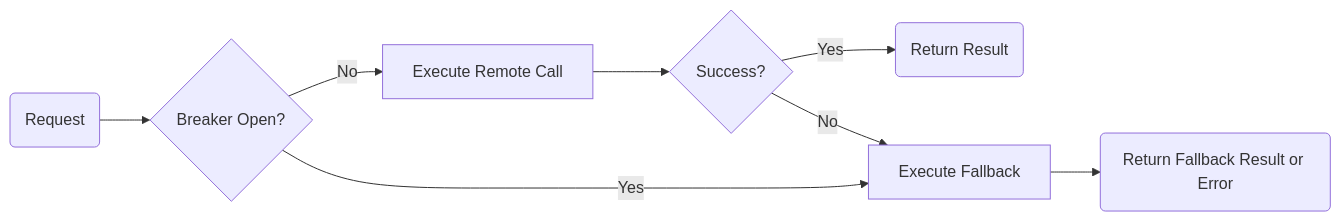
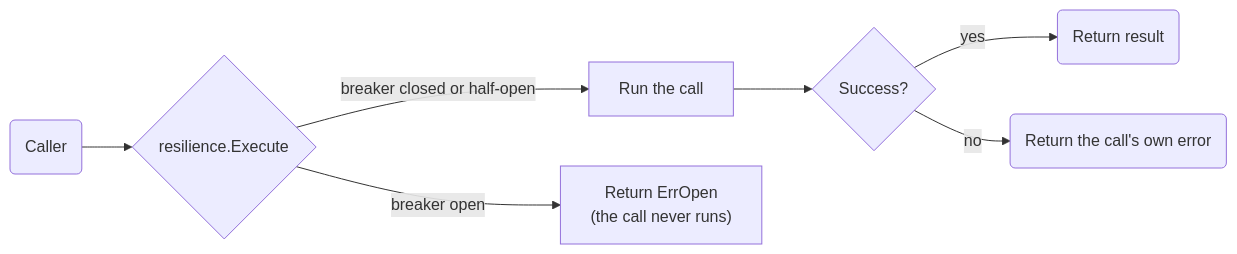
One commit to Kalaganov-Konstantin/eventflow-commerce changed the second of 2 diagrams in docs/architecture/resilience.md. Above: the diagram before and after it, drawn with Mermaid. The commit also changed other lines of this file and 7 other files, not shown here.

Commit message:
docs: refresh the architecture documents

````diff
--- a/docs/architecture/resilience.md
+++ b/docs/architecture/resilience.md
@@ -35,10 +45,10 @@
 ```mermaid
 flowchart LR
-    A(Request) --> B{Breaker Open?}
-    B -- "No" --> C[Execute Remote Call]
+    A(Caller) --> B{"resilience.Execute"}
+    B -- "breaker closed or half-open" --> C[Run the call]
     C --> D{Success?}
-    D -- "Yes" --> E(Return Result)
-    D -- "No" --> F[Execute Fallback]
-    B -- "Yes" --> F
-    F --> G(Return Fallback Result or Error)
+    D -- "yes" --> E(Return result)
+    D -- "no" --> F(Return the call's own error)
+    B -- "breaker open" --> G["Return ErrOpen
+(the call never runs)"]
 ```
````
